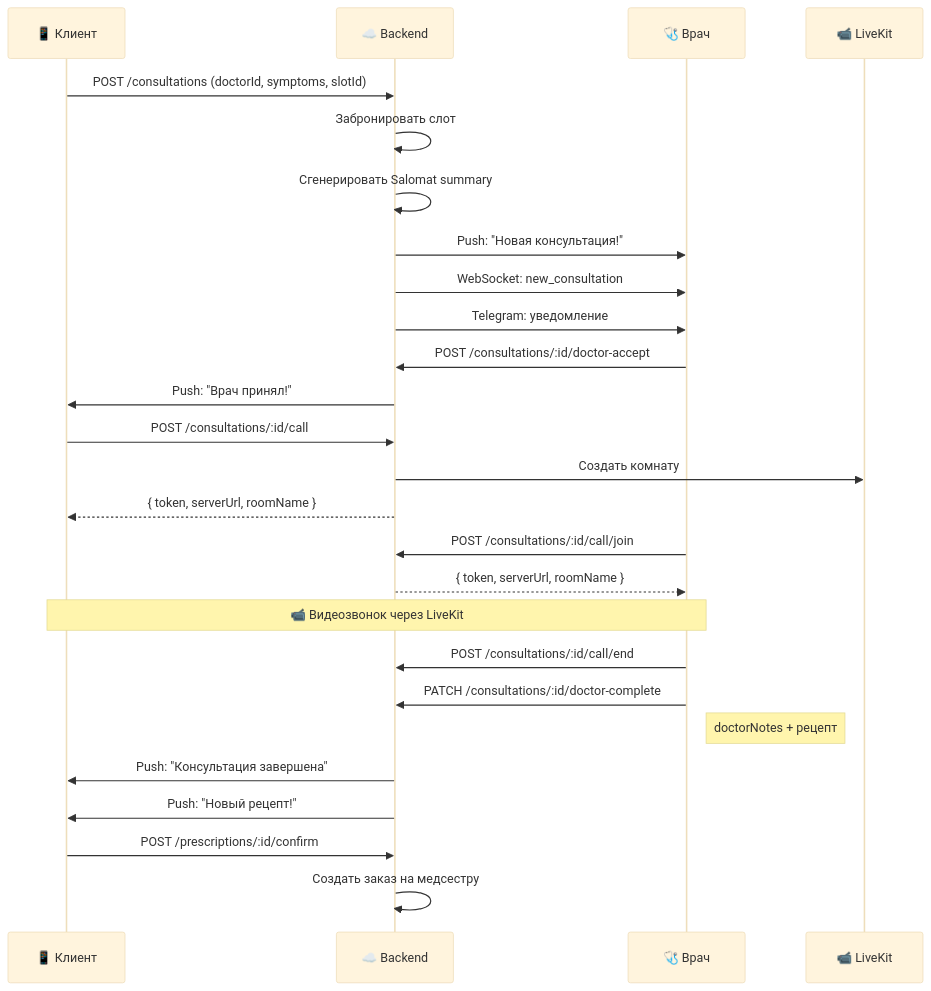
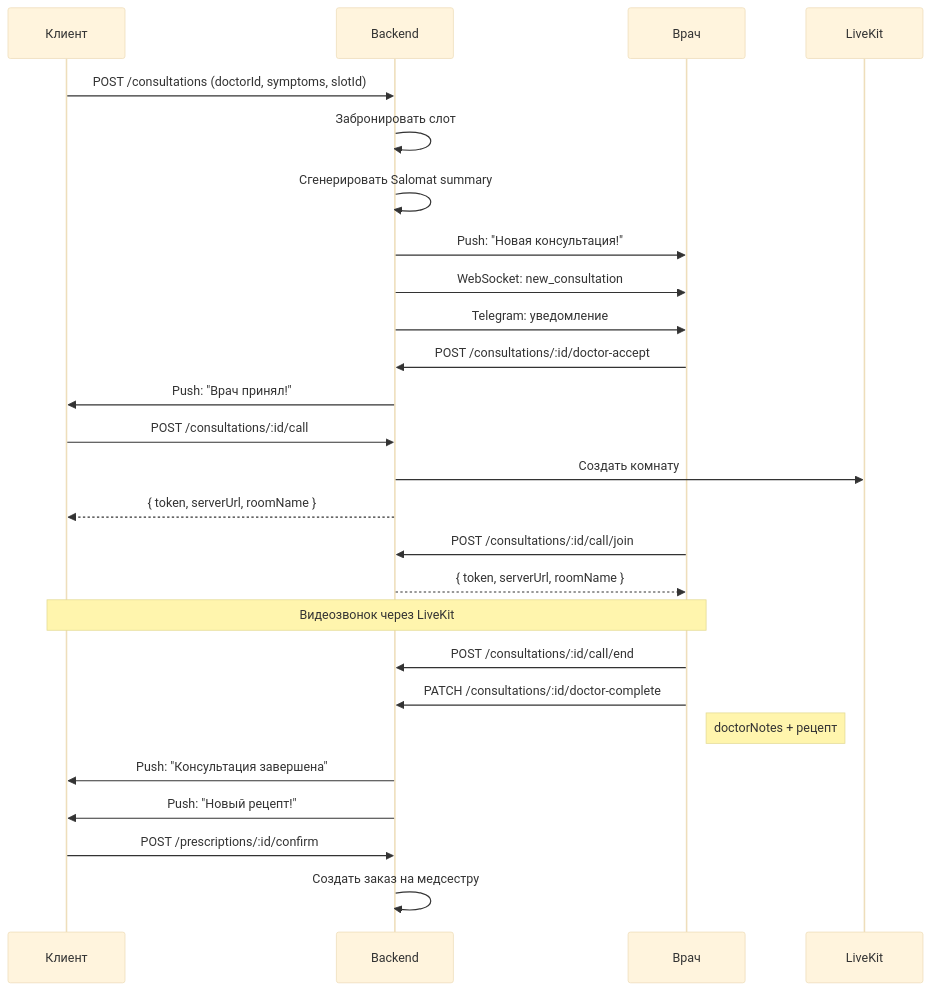
The fifth of 10 diagrams in docs/SYSTEM_FLOW.md (abubakirilhomov/hamshiraGo), drawn with Mermaid (base theme) before and after one commit. The commit also changed other lines of this file and 1 other file, not shown here.

First line of the commit message:
fix(docs): remove emoji + fix quotes in Mermaid diagrams

````diff
--- a/docs/SYSTEM_FLOW.md
+++ b/docs/SYSTEM_FLOW.md
@@ -179,36 +179,36 @@
 ```mermaid
 sequenceDiagram
-    participant C as 📱 Клиент
-    participant API as ☁️ Backend
-    participant D as 🩺 Врач
-    participant LK as 📹 LiveKit
+    participant C as Клиент
+    participant API as Backend
+    participant D as Врач
+    participant LK as LiveKit
 
     C->>API: POST /consultations (doctorId, symptoms, slotId)
     API->>API: Забронировать слот
     API->>API: Сгенерировать Salomat summary
     API->>D: Push: "Новая консультация!"
     API->>D: WebSocket: new_consultation
     API->>D: Telegram: уведомление
     
     D->>API: POST /consultations/:id/doctor-accept
     API->>C: Push: "Врач принял!"
     
     C->>API: POST /consultations/:id/call
     API->>LK: Создать комнату
     API-->>C: { token, serverUrl, roomName }
     
     D->>API: POST /consultations/:id/call/join
     API-->>D: { token, serverUrl, roomName }
     
-    Note over C,D: 📹 Видеозвонок через LiveKit
+    Note over C,D: Видеозвонок через LiveKit
     
     D->>API: POST /consultations/:id/call/end
     D->>API: PATCH /consultations/:id/doctor-complete
     Note right of D: doctorNotes + рецепт
     
     API->>C: Push: "Консультация завершена"
     API->>C: Push: "Новый рецепт!"
     
     C->>API: POST /prescriptions/:id/confirm
     API->>API: Создать заказ на медсестру
 ```
````
